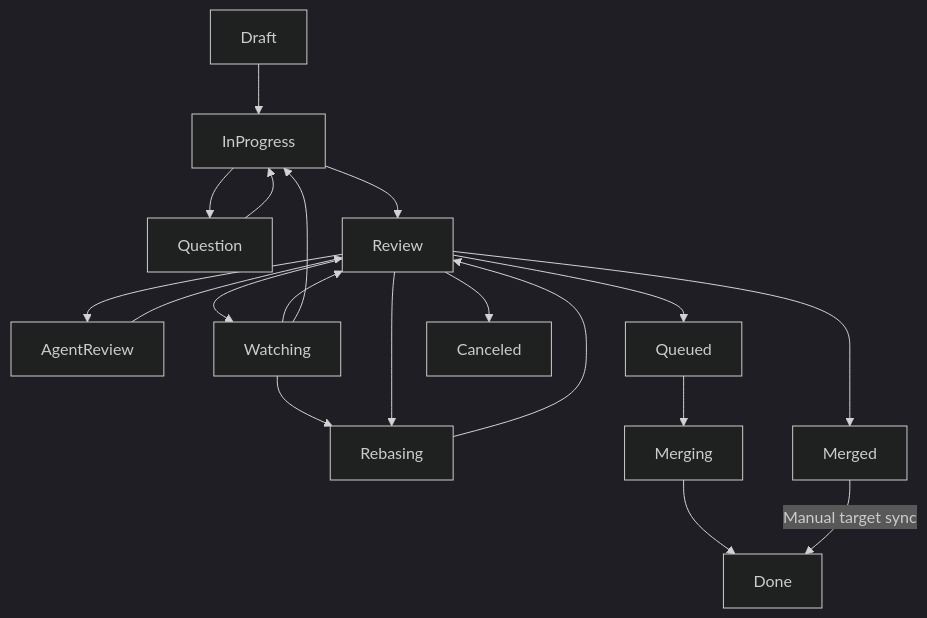
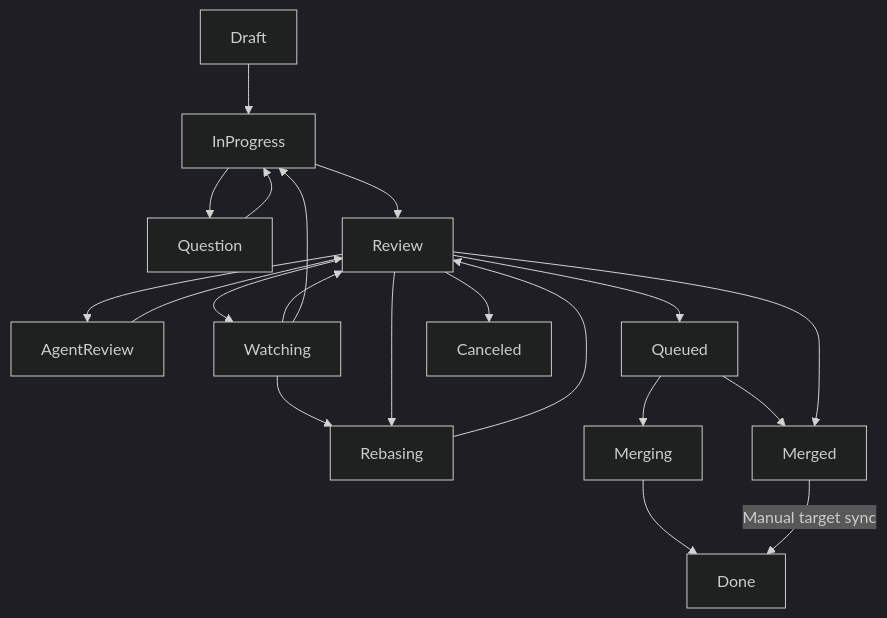
The diagram in docs/site/content/docs/usage/workflow.md (agentty-xyz/agentty), drawn with Mermaid (dark theme) before and after one commit. The commit also changed other lines of this file and 12 other files, not shown here.

````diff
--- a/docs/site/content/docs/usage/workflow.md
+++ b/docs/site/content/docs/usage/workflow.md
@@ -114,21 +114,22 @@
 ```mermaid
 flowchart TD
   Draft --> InProgress
   InProgress --> Question
   Question --> InProgress
   InProgress --> Review
   Review --> AgentReview
   AgentReview --> Review
   Review --> Watching
   Watching --> Review
   Watching --> InProgress
   Watching --> Rebasing
   Review --> Rebasing
   Rebasing --> Review
   Review --> Queued
   Queued --> Merging
+  Queued --> Merged
   Merging --> Done
   Review --> Merged
   Merged -->|Manual target sync| Done
   Review --> Canceled
 ```
````
